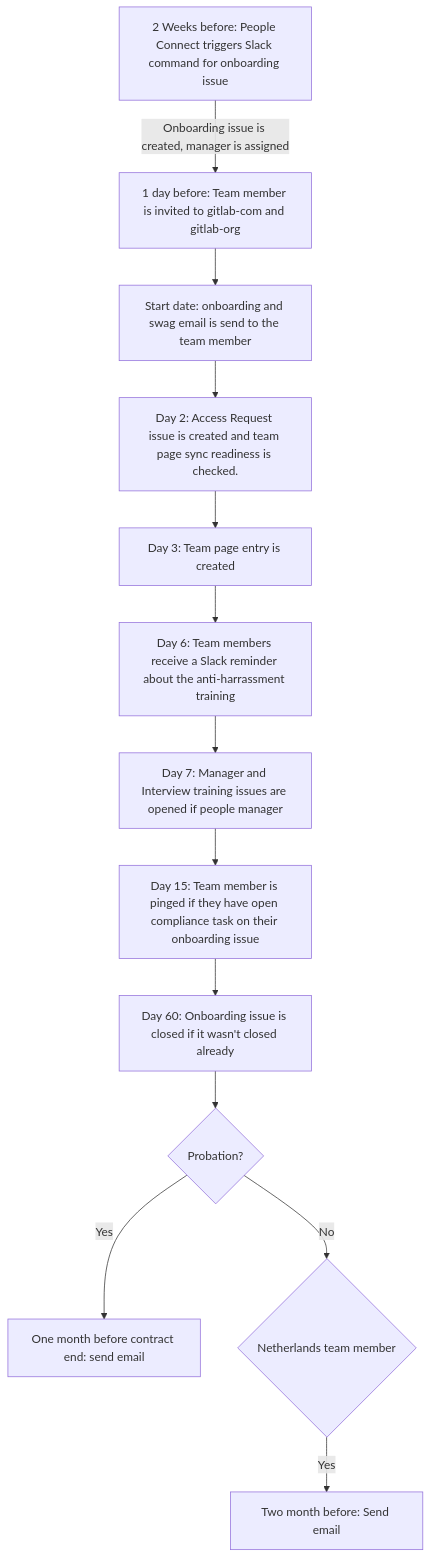
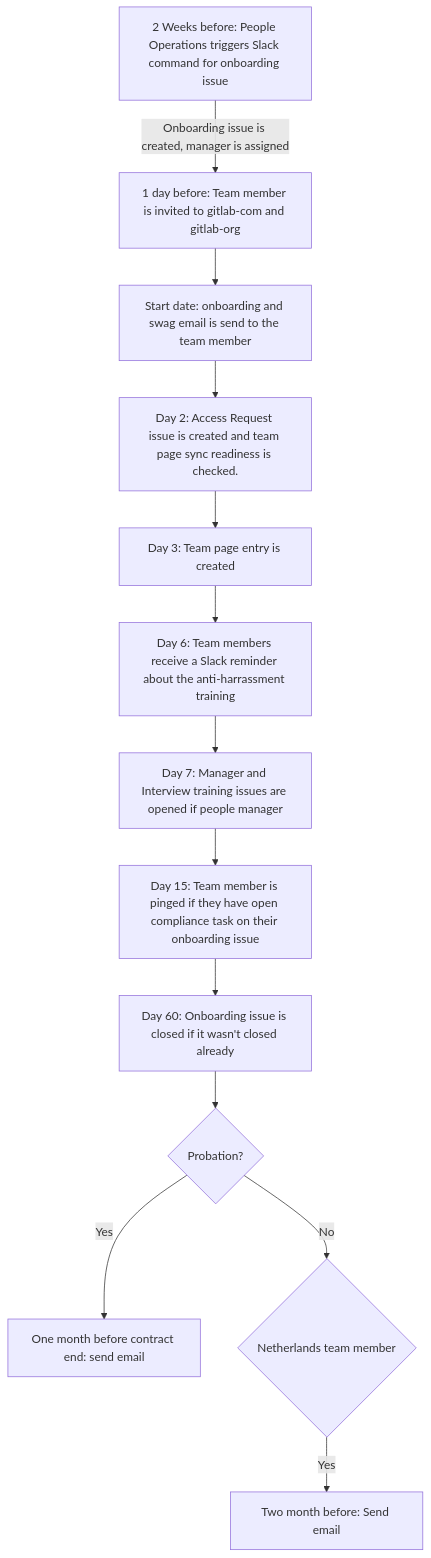
One commit to zalyoung/gitlab-handbook changed the first of 2 diagrams in content/handbook/people-group/engineering/onboarding.md. Above: the diagram before and after it, drawn with Mermaid. The commit also changed other lines of this file and 71 other files, not shown here.

Commit message:
Replace People Connect with People Operations

````diff
--- a/content/handbook/people-group/engineering/onboarding.md
+++ b/content/handbook/people-group/engineering/onboarding.md
@@ -16,15 +16,15 @@
 ```mermaid
 graph TD
-  A[2 Weeks before: People Connect triggers Slack command for onboarding issue] -->|Onboarding issue is created, manager is assigned| K
+  A[2 Weeks before: People Operations triggers Slack command for onboarding issue] -->|Onboarding issue is created, manager is assigned| K
   K[1 day before: Team member is invited to gitlab-com and gitlab-org] --> I
   I[Start date: onboarding and swag email is send to the team member] --> C
   C[Day 2: Access Request issue is created and team page sync readiness is checked.] --> CA
   CA[Day 3: Team page entry is created] --> E
   E[Day 6: Team members receive a Slack reminder about the anti-harrassment training] --> J
   J[Day 7: Manager and Interview training issues are opened if people manager] --> L
   L[Day 15: Team member is pinged if they have open compliance task on their onboarding issue] --> F
   F[Day 60: Onboarding issue is closed if it wasn't closed already] --> N{Probation?}
   N -->|Yes| D[One month before contract end: send email]
   N --> |No| B{Netherlands team member}
   B --> |Yes| G[Two month before: Send email]
 ```
````
